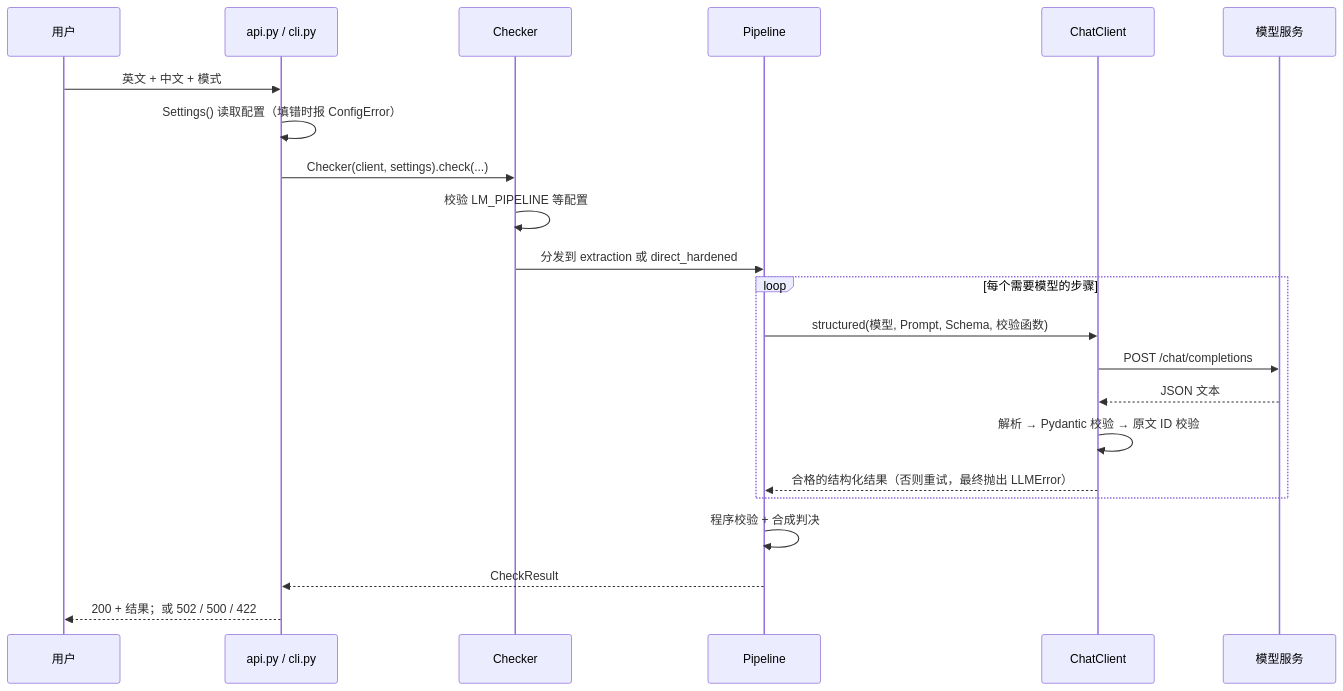
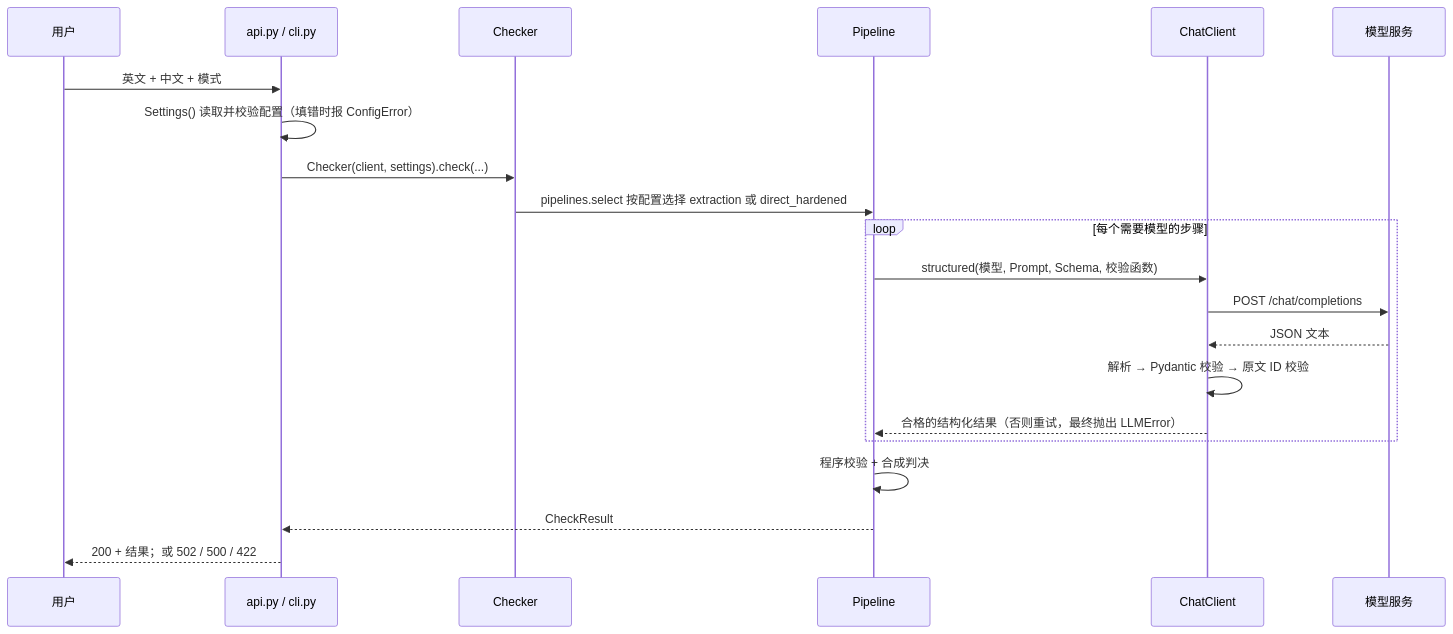
The second of 5 diagrams in docs/architecture.md (beijingrice/semantic-harness), drawn with Mermaid before and after one commit. The commit also changed 2 other files, not shown here.

Commit message:
Docs: add mental_map.md, a navigation guide to the restructured code

````diff
--- a/docs/architecture.md
+++ b/docs/architecture.md
@@ -216,25 +216,24 @@
 ```mermaid
 sequenceDiagram
     participant U as 用户
     participant A as api.py / cli.py
     participant C as Checker
     participant P as Pipeline
     participant L as ChatClient
     participant M as 模型服务
 
     U->>A: 英文 + 中文 + 模式
-    A->>A: Settings() 读取配置（填错时报 ConfigError）
+    A->>A: Settings() 读取并校验配置（填错时报 ConfigError）
     A->>C: Checker(client, settings).check(...)
-    C->>C: 校验 LM_PIPELINE 等配置
-    C->>P: 分发到 extraction 或 direct_hardened
+    C->>P: pipelines.select 按配置选择 extraction 或 direct_hardened
     loop 每个需要模型的步骤
         P->>L: structured(模型, Prompt, Schema, 校验函数)
         L->>M: POST /chat/completions
         M-->>L: JSON 文本
         L->>L: 解析 → Pydantic 校验 → 原文 ID 校验
         L-->>P: 合格的结构化结果（否则重试，最终抛出 LLMError）
     end
     P->>P: 程序校验 + 合成判决
     P-->>A: CheckResult
     A-->>U: 200 + 结果；或 502 / 500 / 422
 ```
````
